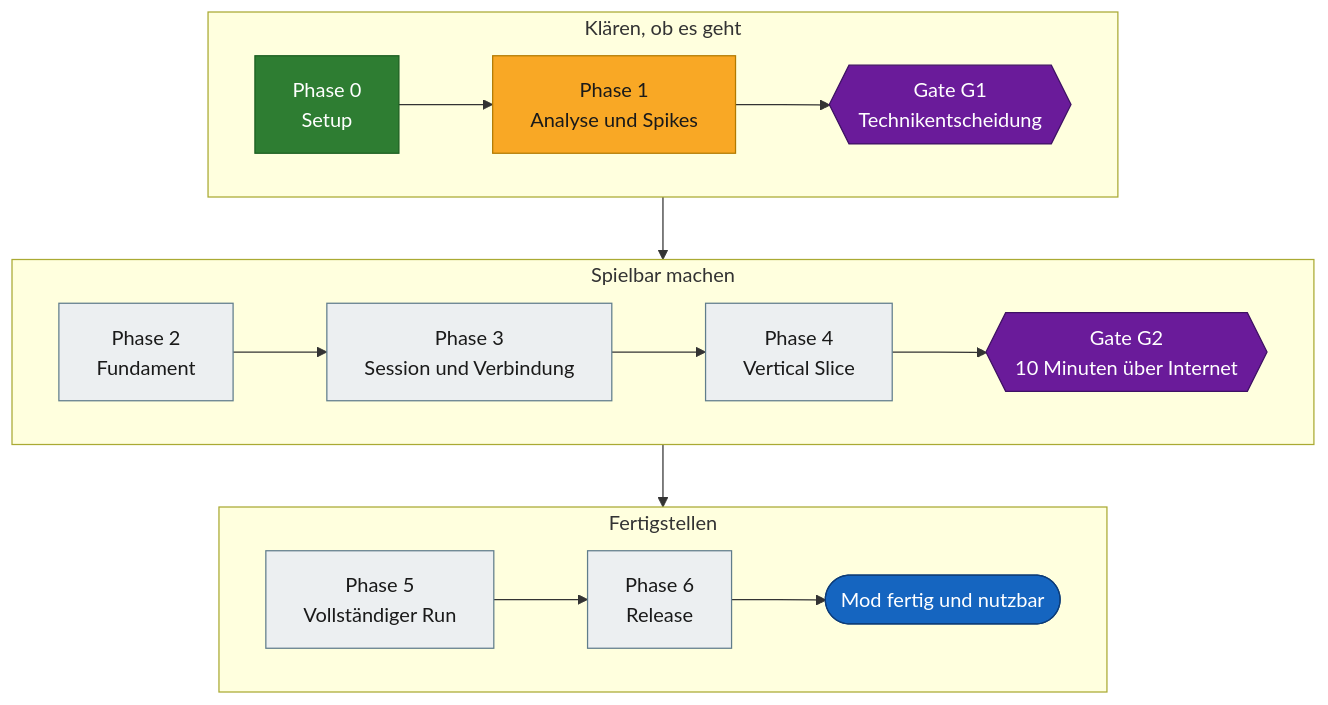
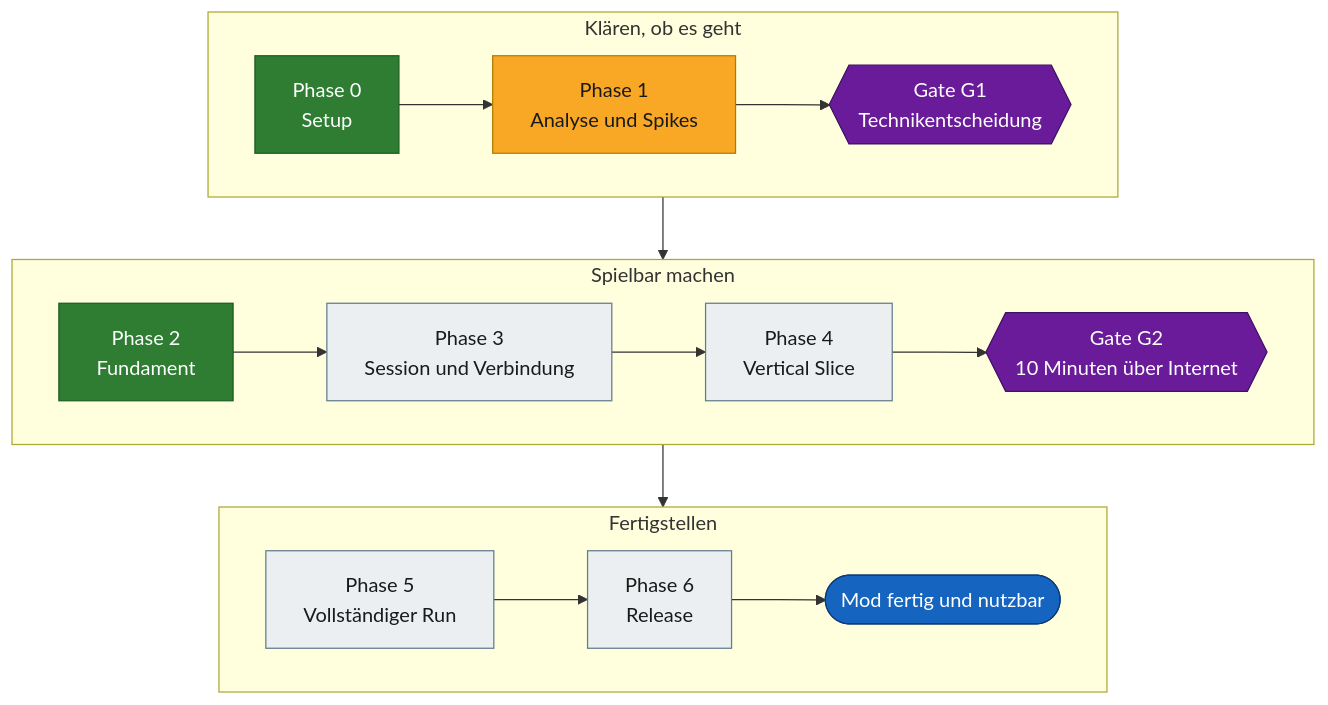
The first of 4 diagrams in docs/ROADMAP.md (VitaminStack/Deadly-Days-Roadtrip-Multiplayer-Mod), drawn with Mermaid before and after one commit. The commit also changed other lines of this file and 25 other files, not shown here.

First line of the commit message:
game-adapter: Game-Thread-Takt, SDK-geprüfte Offsets und Welt-Adapter, Phase 2 abgeschlossen (#65)

````diff
--- a/docs/ROADMAP.md
+++ b/docs/ROADMAP.md
@@ -47,25 +48,25 @@
 ```mermaid
 flowchart TD
     subgraph A["Klären, ob es geht"]
         direction LR
         P0["Phase 0<br/>Setup"]:::done --> P1["Phase 1<br/>Analyse und Spikes"]:::wip --> G1{{"Gate G1<br/>Technikentscheidung"}}:::gate
     end
 
     subgraph B["Spielbar machen"]
         direction LR
-        P2["Phase 2<br/>Fundament"]:::open --> P3["Phase 3<br/>Session und Verbindung"]:::open --> P4["Phase 4<br/>Vertical Slice"]:::open --> G2{{"Gate G2<br/>10 Minuten über Internet"}}:::gate
+        P2["Phase 2<br/>Fundament"]:::done --> P3["Phase 3<br/>Session und Verbindung"]:::open --> P4["Phase 4<br/>Vertical Slice"]:::open --> G2{{"Gate G2<br/>10 Minuten über Internet"}}:::gate
     end
 
     subgraph C["Fertigstellen"]
         direction LR
         P5["Phase 5<br/>Vollständiger Run"]:::open --> P6["Phase 6<br/>Release"]:::open --> Z(["Mod fertig und nutzbar"]):::goal
     end
 
     A --> B --> C
 
     classDef done fill:#2e7d32,stroke:#1b5e20,color:#ffffff
     classDef wip fill:#f9a825,stroke:#b27a00,color:#1a1a1a
     classDef open fill:#eceff1,stroke:#607d8b,color:#1a1a1a
     classDef gate fill:#6a1b9a,stroke:#3e1163,color:#ffffff
     classDef goal fill:#1565c0,stroke:#0d3c78,color:#ffffff
 ```
````
